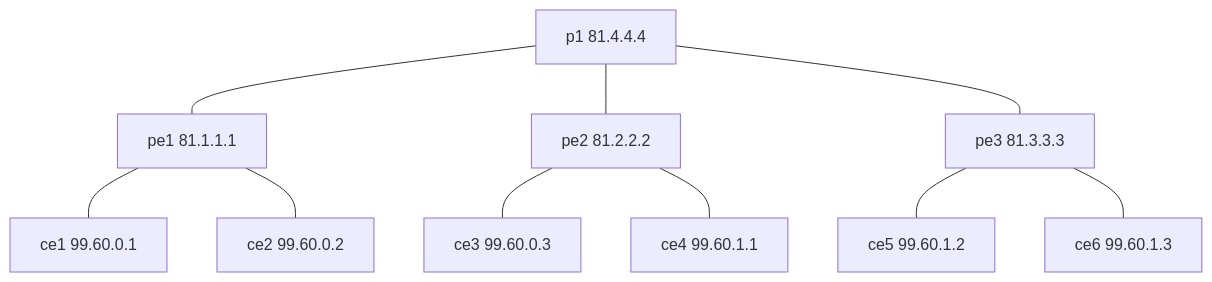
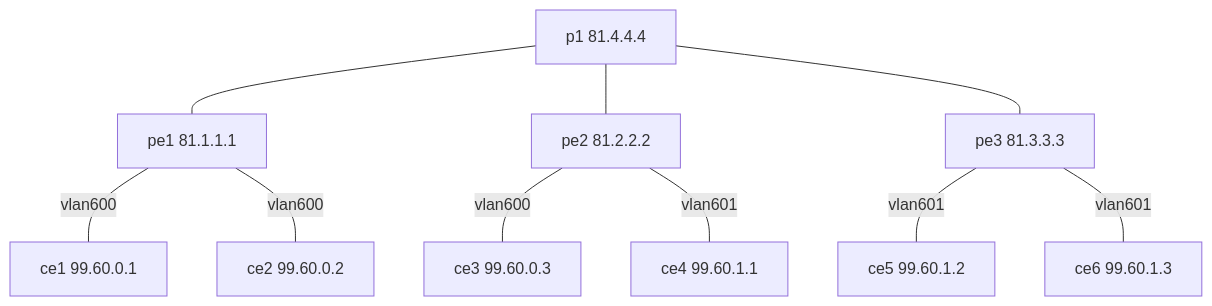
The diagram in README.md (cdot65/evpn-vxlan-with-crpd), drawn with Mermaid before and after one commit.

Commit message:
updating diagram

````diff
--- a/README.md
+++ b/README.md
@@ -5,12 +5,12 @@
 ```mermaid                                                                          
 graph TB
 p1["p1 81.4.4.4"]---pe1["pe1 81.1.1.1"]
 p1---pe2["pe2 81.2.2.2"]
 p1---pe3["pe3 81.3.3.3"]
-pe1---ce1["ce1 99.60.0.1"]
-pe1---ce2["ce2 99.60.0.2"]
-pe2---ce3["ce3 99.60.0.3"]
-pe2---ce4["ce4 99.60.1.1"]
-pe3---ce5["ce5 99.60.1.2"]
-pe3---ce6["ce6 99.60.1.3"]
+pe1---|vlan600|ce1["ce1 99.60.0.1"]
+pe1---|vlan600|ce2["ce2 99.60.0.2"]
+pe2---|vlan600|ce3["ce3 99.60.0.3"]
+pe2---|vlan601|ce4["ce4 99.60.1.1"]
+pe3---|vlan601|ce5["ce5 99.60.1.2"]
+pe3---|vlan601|ce6["ce6 99.60.1.3"]
 ```
````
